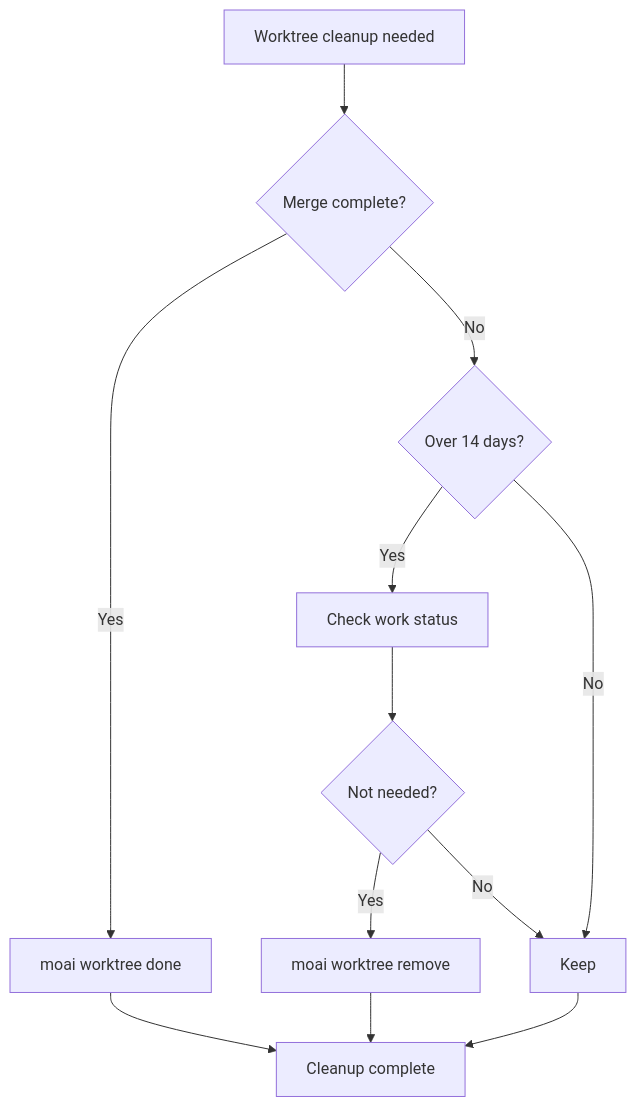
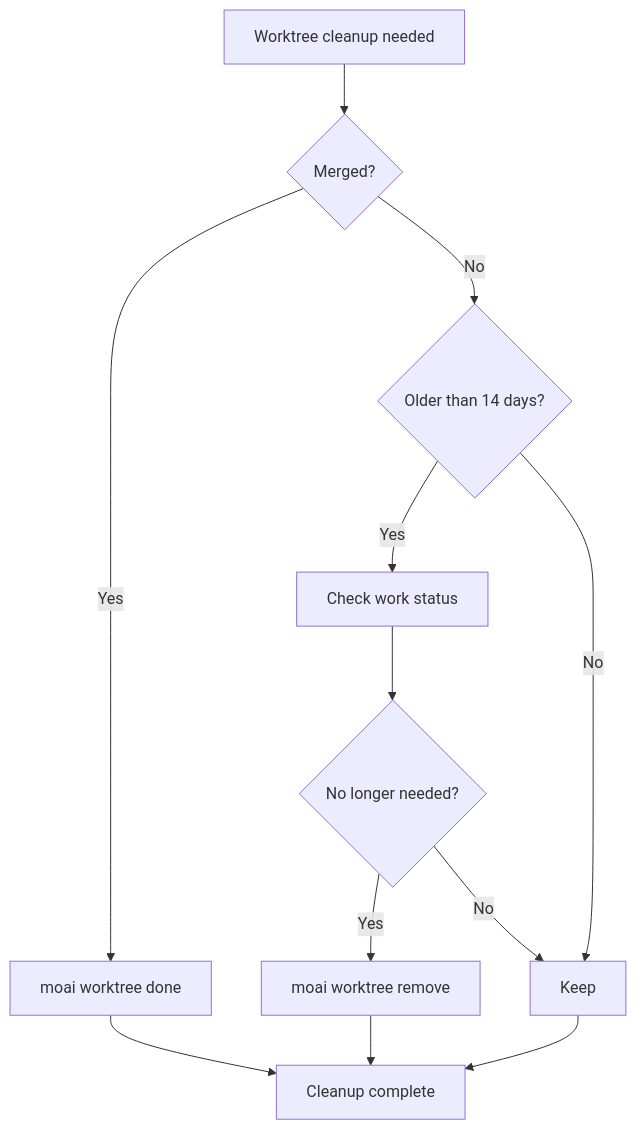
The seventh of 9 diagrams in docs-site/content/en/worktree/faq.md (modu-ai/moai-adk), drawn with Mermaid before and after one commit. The commit also changed other lines of this file and 395 other files, not shown here.

````diff
--- a/docs-site/content/en/worktree/faq.md
+++ b/docs-site/content/en/worktree/faq.md
@@ -344,14 +345,14 @@
 ```mermaid
 graph TD
-    A[Worktree cleanup needed] --> B{Merge complete?}
+    A[Worktree cleanup needed] --> B{Merged?}
     B -->|Yes| C[moai worktree done]
-    B -->|No| D{Over 14 days?}
+    B -->|No| D{Older than 14 days?}
     D -->|Yes| E[Check work status]
     D -->|No| F[Keep]
-    E --> G{Not needed?}
+    E --> G{No longer needed?}
     G -->|Yes| H[moai worktree remove]
     G -->|No| F
     C --> I[Cleanup complete]
     H --> I
     F --> I
 ```
````
